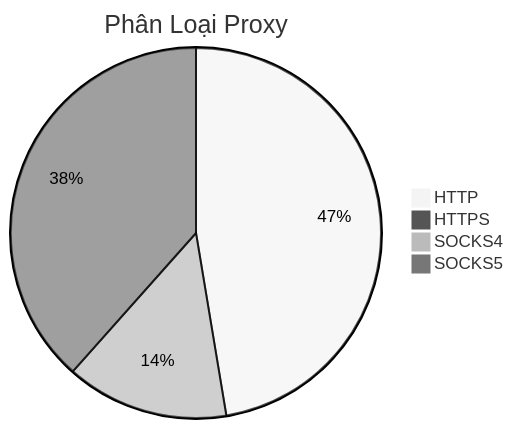
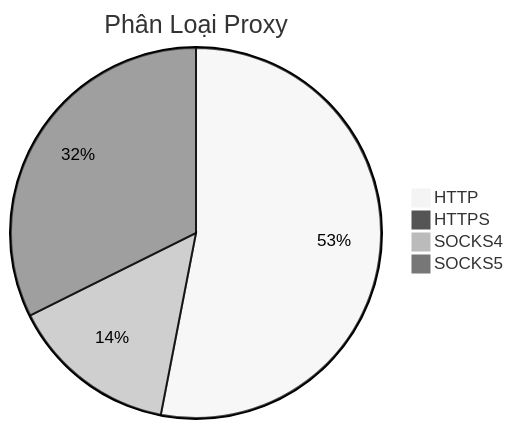
Before and after one commit to Ciara-Aa/PROXY-free: the diagram in README.md, drawn with Mermaid (neutral theme). The commit also changed other lines of this file and 4 other files, not shown here.

````diff
--- a/README.md
+++ b/README.md
@@ -26,7 +26,7 @@
 ```mermaid
 pie title Phân Loại Proxy
-    "HTTP" : 307
+    "HTTP" : 392
     "HTTPS" : 6
-    "SOCKS4" : 92
-    "SOCKS5" : 249
+    "SOCKS4" : 108
+    "SOCKS5" : 239
 ```
````
